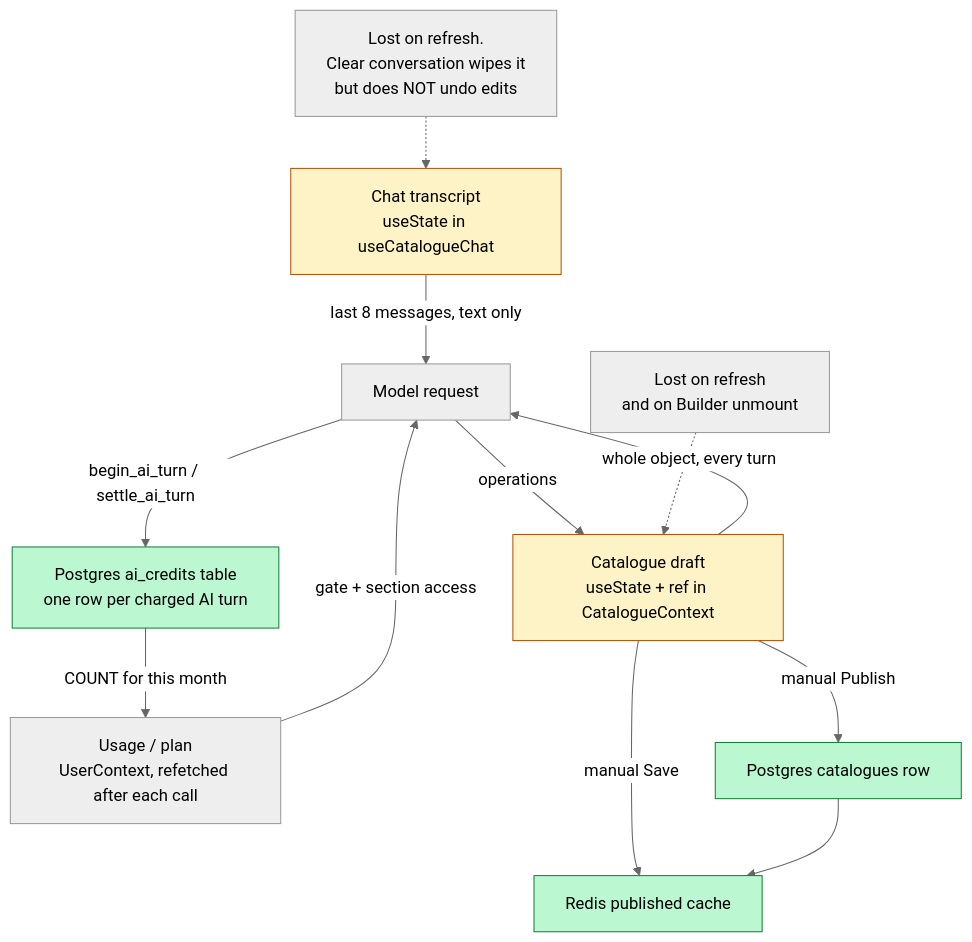
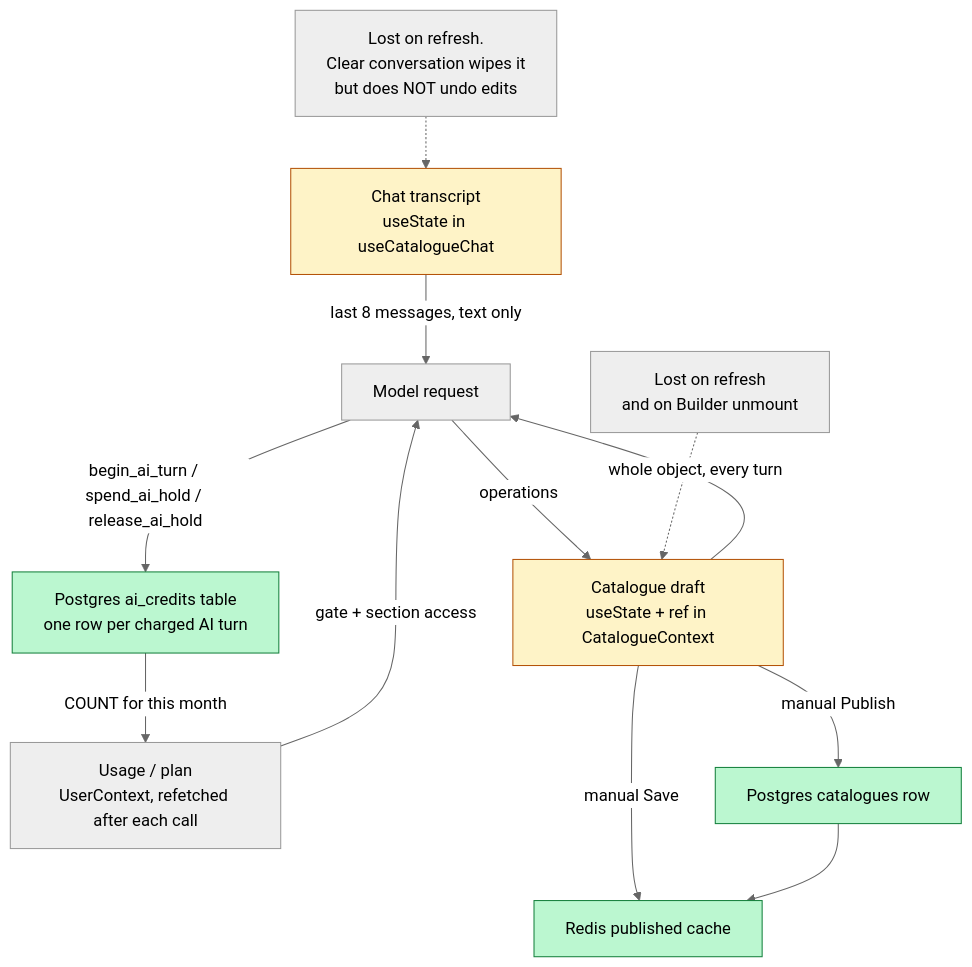
The third of 3 diagrams in docs/architecture/ai-chat-flow.md (nikolamirilo/quicktalog-app), drawn with Mermaid (neutral theme) before and after one commit. The commit also changed other lines of this file and 410 other files, not shown here.

````diff
--- a/docs/architecture/ai-chat-flow.md
+++ b/docs/architecture/ai-chat-flow.md
@@ -347,28 +347,28 @@
 ```mermaid
 flowchart TD
     S1["Chat transcript<br/>useState in useCatalogueChat"]
     S2["Catalogue draft<br/>useState + ref in CatalogueContext"]
     S3["Usage / plan<br/>UserContext, refetched after each call"]
     S4["Postgres catalogues row"]
     S5["Redis published cache"]
     S6["Postgres ai_credits table<br/>one row per charged AI turn"]
 
     S1 -->|"last 8 messages, text only"| M[Model request]
     S2 -->|"whole object, every turn"| M
     S3 -->|"gate + section access"| M
     M -->|operations| S2
-    M -->|"begin_ai_turn / settle_ai_turn"| S6
+    M -->|"begin_ai_turn / spend_ai_hold / release_ai_hold"| S6
     S2 -->|"manual Save"| S5
     S2 -->|"manual Publish"| S4
     S4 --> S5
     S6 -->|"COUNT for this month"| S3
 
     N1["Lost on refresh.<br/>Clear conversation wipes it<br/>but does NOT undo edits"] -.-> S1
     N2["Lost on refresh<br/>and on Builder unmount"] -.-> S2
 
     style S1 fill:#fef3c7,stroke:#b45309
     style S2 fill:#fef3c7,stroke:#b45309
     style S4 fill:#bbf7d0,stroke:#15803d
     style S5 fill:#bbf7d0,stroke:#15803d
     style S6 fill:#bbf7d0,stroke:#15803d
 ```
````
